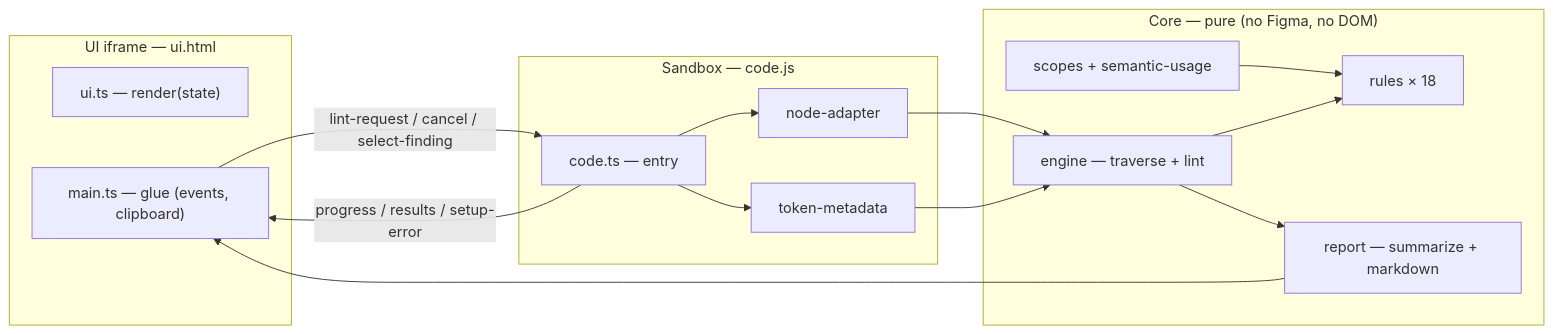
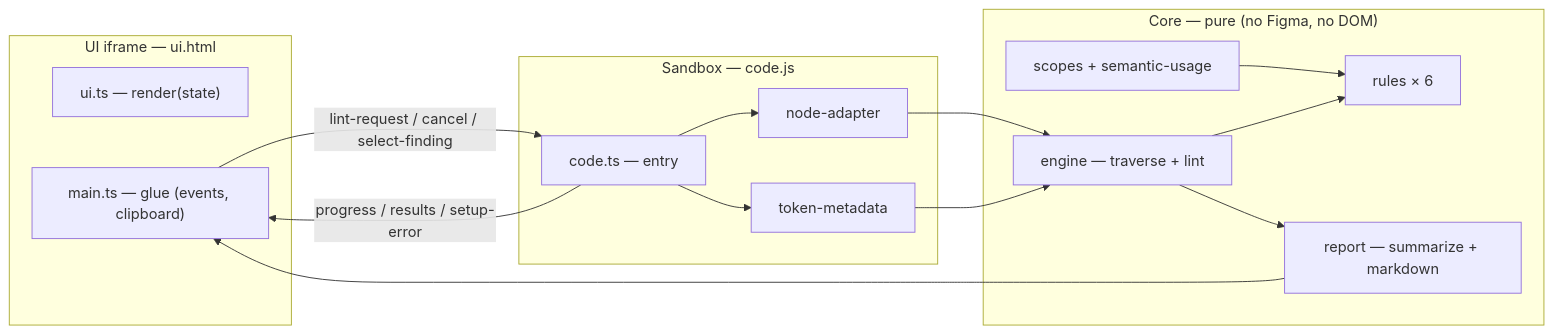
The diagram in packages/figma/figma-plugin-linter/README.md (Infomaniak/design-system), drawn with Mermaid before and after one commit. The commit also changed other lines of this file and 18 other files, not shown here.

````diff
--- a/packages/figma/figma-plugin-linter/README.md
+++ b/packages/figma/figma-plugin-linter/README.md
@@ -150,31 +184,31 @@
 ```mermaid
 flowchart LR
     subgraph Iframe["UI iframe — ui.html"]
         Render["ui.ts — render(state)"]
         Main["main.ts — glue (events, clipboard)"]
     end
 
     subgraph Sandbox["Sandbox — code.js"]
         Entry["code.ts — entry"]
         Adapter["node-adapter"]
         Metadata["token-metadata"]
     end
 
     subgraph Core["Core — pure (no Figma, no DOM)"]
         Engine["engine — traverse + lint"]
-        Rules["rules × 18"]
+        Rules["rules × 6"]
         Helpers["scopes + semantic-usage"]
         Report["report — summarize + markdown"]
     end
 
     Main -- "lint-request / cancel / select-finding" --> Entry
     Entry -- "progress / results / setup-error" --> Main
     Entry --> Adapter
     Entry --> Metadata
     Adapter --> Engine
     Metadata --> Engine
     Helpers --> Rules
     Engine --> Rules
     Engine --> Report
     Report --> Main
 ```
````
